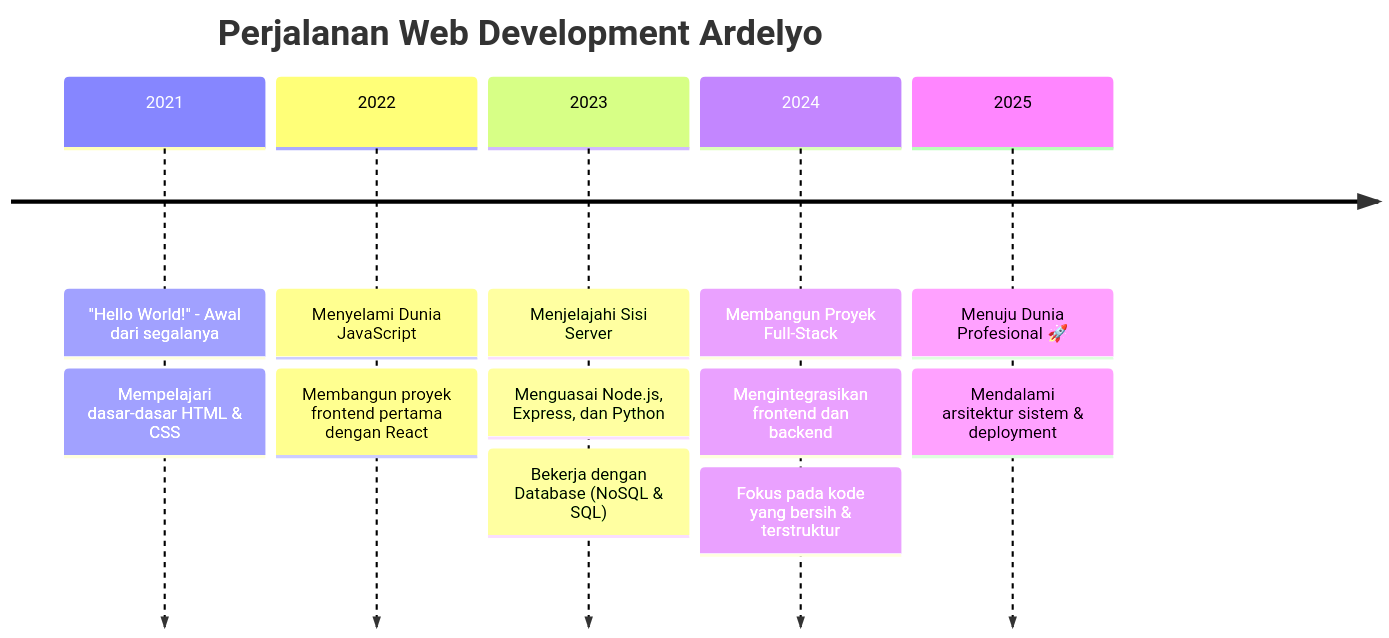
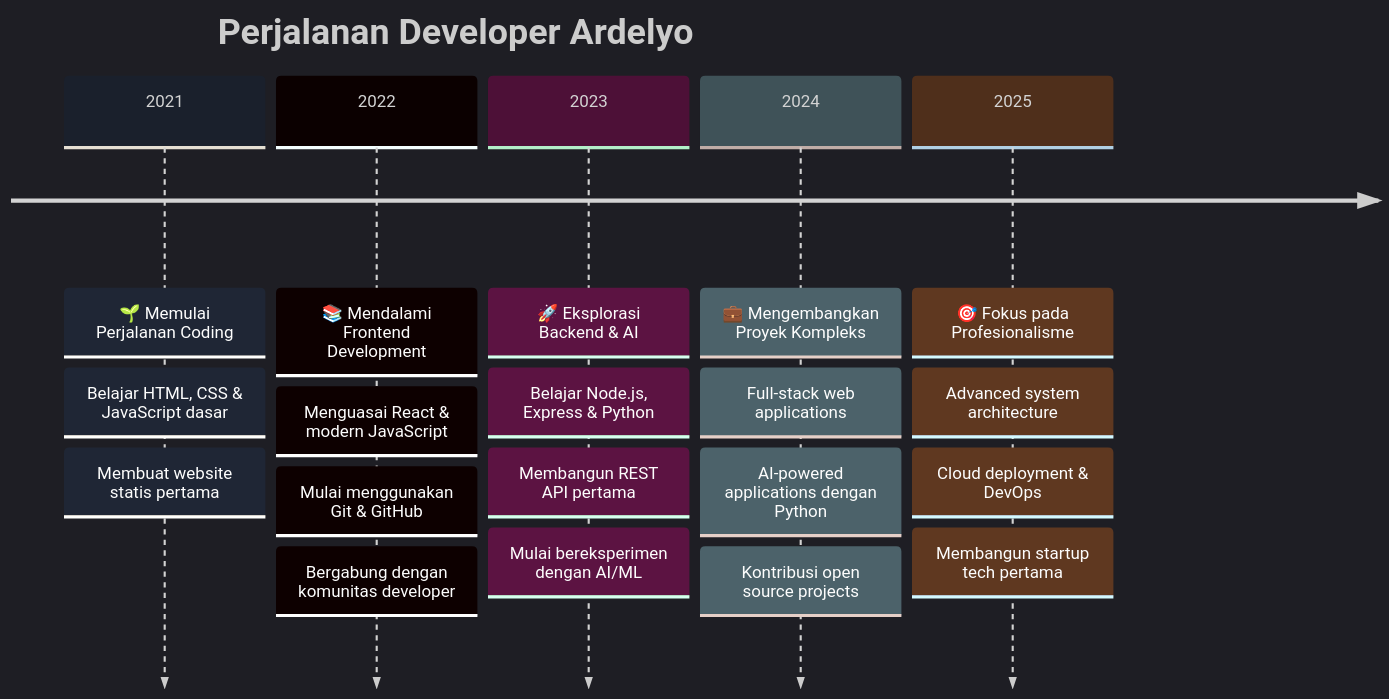
Before and after one commit to Ardelyo/Ardelyo: the diagram in README.md, drawn with Mermaid. The commit also changed other lines of this file, not shown here.

````diff
--- a/README.md
+++ b/README.md
@@ -156,16 +212,29 @@
 ```mermaid
+%%{init: {'theme':'dark', 'themeVariables': { 'primaryColor': '#1a202c', 'primaryTextColor': '#e2e8f0', 'primaryBorderColor': '#64748b', 'lineColor': '#64748b', 'secondaryColor': '#2d3748', 'tertiaryColor': '#4a5568'}}}%%
 timeline
-    title Perjalanan Web Development Ardelyo
-    2021 : "Hello World!" - Awal dari segalanya
-         : Mempelajari dasar-dasar HTML & CSS
-    2022 : Menyelami Dunia JavaScript
-         : Membangun proyek frontend pertama dengan React
-    2023 : Menjelajahi Sisi Server
-         : Menguasai Node.js, Express, dan Python
-         : Bekerja dengan Database (NoSQL & SQL)
-    2024 : Membangun Proyek Full-Stack
-         : Mengintegrasikan frontend dan backend
-         : Fokus pada kode yang bersih & terstruktur
-    2025 : Menuju Dunia Profesional 🚀
-         : Mendalami arsitektur sistem & deployment
+    title Perjalanan Developer Ardelyo
+    
+    2021 : 🌱 Memulai Perjalanan Coding
+         : Belajar HTML, CSS & JavaScript dasar
+         : Membuat website statis pertama
+    
+    2022 : 📚 Mendalami Frontend Development
+         : Menguasai React & modern JavaScript
+         : Mulai menggunakan Git & GitHub
+         : Bergabung dengan komunitas developer
+    
+    2023 : 🚀 Eksplorasi Backend & AI
+         : Belajar Node.js, Express & Python
+         : Membangun REST API pertama
+         : Mulai bereksperimen dengan AI/ML
+    
+    2024 : 💼 Mengembangkan Proyek Kompleks
+         : Full-stack web applications
+         : AI-powered applications dengan Python
+         : Kontribusi open source projects
+    
+    2025 : 🎯 Fokus pada Profesionalisme
+         : Advanced system architecture
+         : Cloud deployment & DevOps
+         : Membangun startup tech pertama
 ```
````
